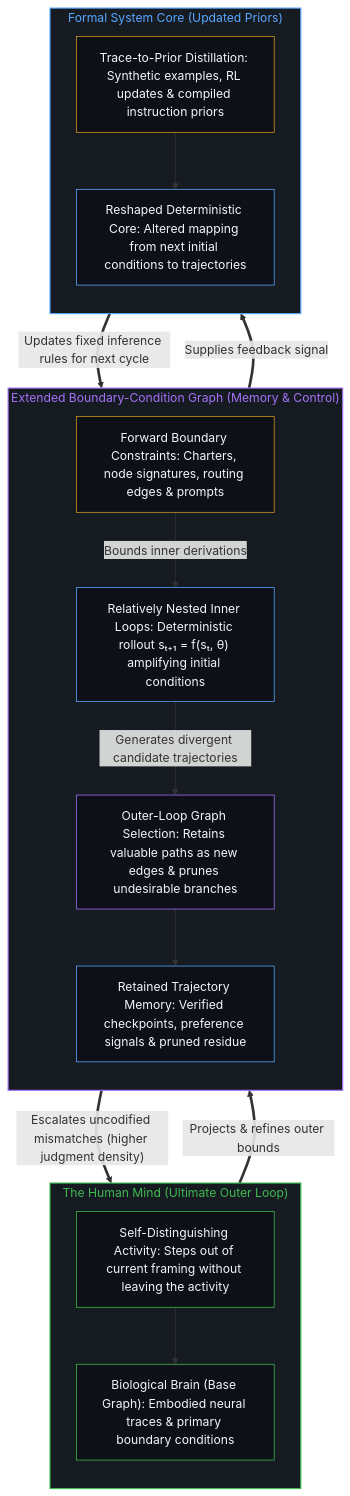
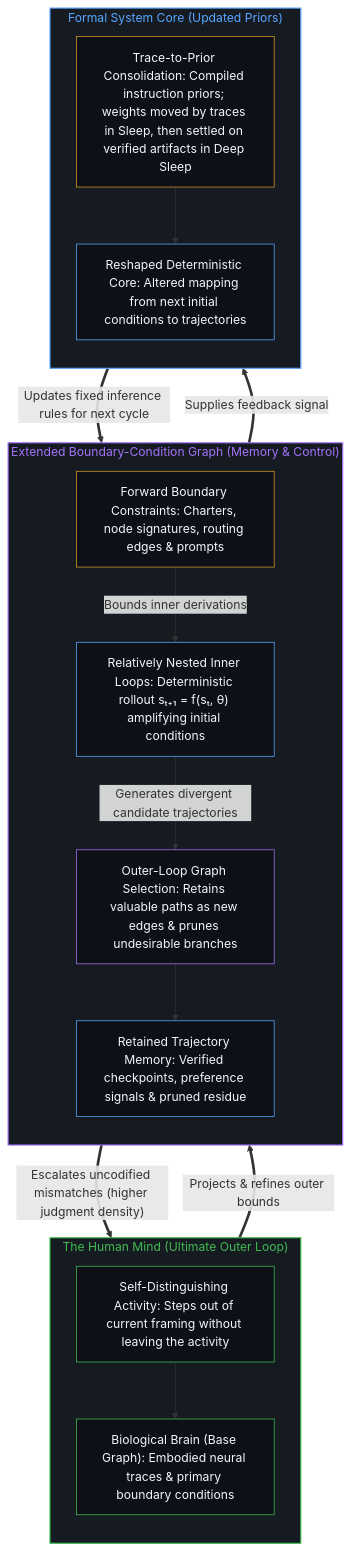
The fourth of 4 diagrams in content/posts/boundary-condition-graphs-as-memory-and-control-in-recursive-formal-systems.md (powerpig99/not-a-toe), drawn with Mermaid before and after one commit. The commit also changed other lines of this file and 13 other files, not shown here.

Commit message:
Consolidate L1 sleep wave for two-phase-sleep-and-deep-sleep-continual-learning

````diff
--- a/content/posts/boundary-condition-graphs-as-memory-and-control-in-recursive-formal-systems.md
+++ b/content/posts/boundary-condition-graphs-as-memory-and-control-in-recursive-formal-systems.md
@@ -158,38 +158,38 @@
 ```mermaid
 flowchart TD
     subgraph S_Mind["The Human Mind (Ultimate Outer Loop)"]
         direction TB
         Edge["Self-Distinguishing Activity: Steps out of current framing without leaving the activity"]
         BaseGraph["Biological Brain (Base Graph): Embodied neural traces & primary boundary conditions"]
         Edge --> BaseGraph
     end
     subgraph S_ExtGraph["Extended Boundary-Condition Graph (Memory & Control)"]
         direction TB
         Constraints["Forward Boundary Constraints: Charters, node signatures, routing edges & prompts"]
         Traces["Retained Trajectory Memory: Verified checkpoints, preference signals & pruned residue"]
         Constraints -->|"Bounds inner derivations"| InnerLoop["Relatively Nested Inner Loops: Deterministic rollout sₜ₊₁ = f(sₜ, θ) amplifying initial conditions"]
         InnerLoop -->|"Generates divergent candidate trajectories"| Selection["Outer-Loop Graph Selection: Retains valuable paths as new edges & prunes undesirable branches"]
         Selection --> Traces
     end
     subgraph S_Core["Formal System Core (Updated Priors)"]
         direction TB
-        Feedback["Trace-to-Prior Distillation: Synthetic examples, RL updates & compiled instruction priors"]
+        Feedback["Trace-to-Prior Consolidation: Compiled instruction priors; weights moved by traces in Sleep, then settled on verified artifacts in Deep Sleep"]
         NextPriors["Reshaped Deterministic Core: Altered mapping from next initial conditions to trajectories"]
         Feedback --> NextPriors
     end
     BaseGraph ==>|"Projects & refines outer bounds"| Constraints
     Selection ==>|"Escalates uncodified mismatches (higher judgment density)"| Edge
     Traces ==>|"Supplies feedback signal"| Feedback
     NextPriors ==>|"Updates fixed inference rules for next cycle"| InnerLoop
     style S_Mind fill:#161b22,stroke:#3fb950,stroke-width:1.5px,color:#3fb950
     style S_ExtGraph fill:#161b22,stroke:#a371f7,stroke-width:1.5px,color:#a371f7
     style S_Core fill:#161b22,stroke:#58a6ff,stroke-width:1.5px,color:#58a6ff
     style Edge fill:#0d1117,stroke:#3fb950,stroke-width:1px,color:#f0f6fc
     style BaseGraph fill:#0d1117,stroke:#3fb950,stroke-width:1px,color:#f0f6fc
     style Constraints fill:#0d1117,stroke:#d29922,stroke-width:1px,color:#f0f6fc
     style InnerLoop fill:#0d1117,stroke:#58a6ff,stroke-width:1px,color:#f0f6fc
     style Selection fill:#0d1117,stroke:#a371f7,stroke-width:1px,color:#f0f6fc
     style Traces fill:#0d1117,stroke:#58a6ff,stroke-width:1px,color:#f0f6fc
     style Feedback fill:#0d1117,stroke:#d29922,stroke-width:1px,color:#f0f6fc
     style NextPriors fill:#0d1117,stroke:#58a6ff,stroke-width:1px,color:#f0f6fc
 ```
````
